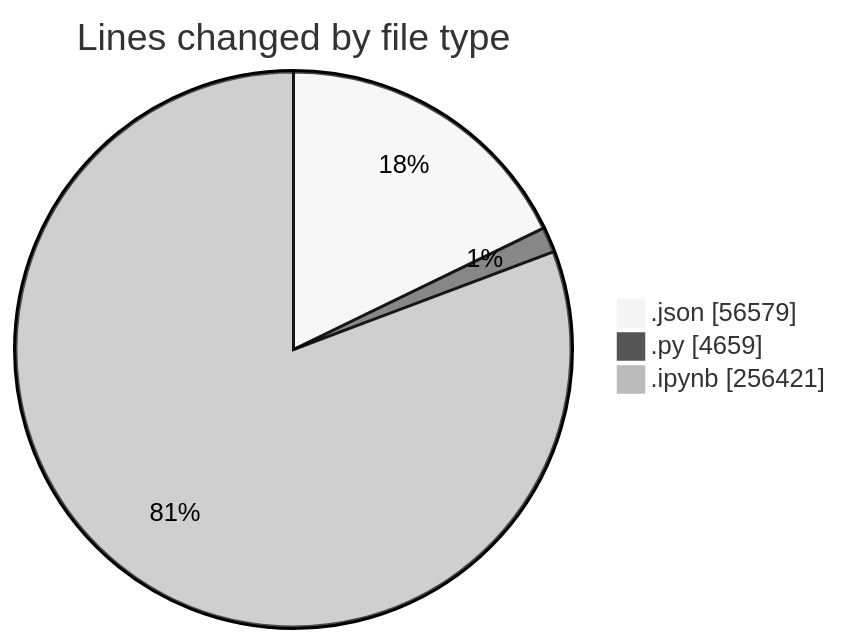
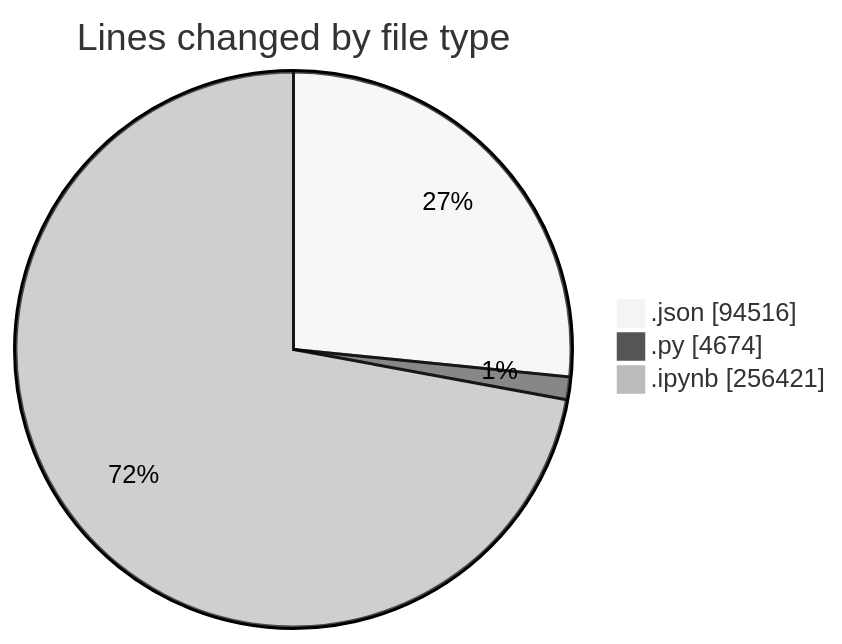
Before and after one commit to MatusMokan/code-tracking: the first of 2 diagrams in 2025-10-04/untitled__workspace_/README.md, drawn with Mermaid (neutral theme). The commit also changed other lines of this file and 1 other file, not shown here.

````diff
--- a/2025-10-04/untitled__workspace_/README.md
+++ b/2025-10-04/untitled__workspace_/README.md
@@ -36,7 +38,7 @@
 ```mermaid
 pie showData
 title Lines changed by file type
-".json" : 56579
-".py" : 4659
+".json" : 94516
+".py" : 4674
 ".ipynb" : 256421
 ```
````
